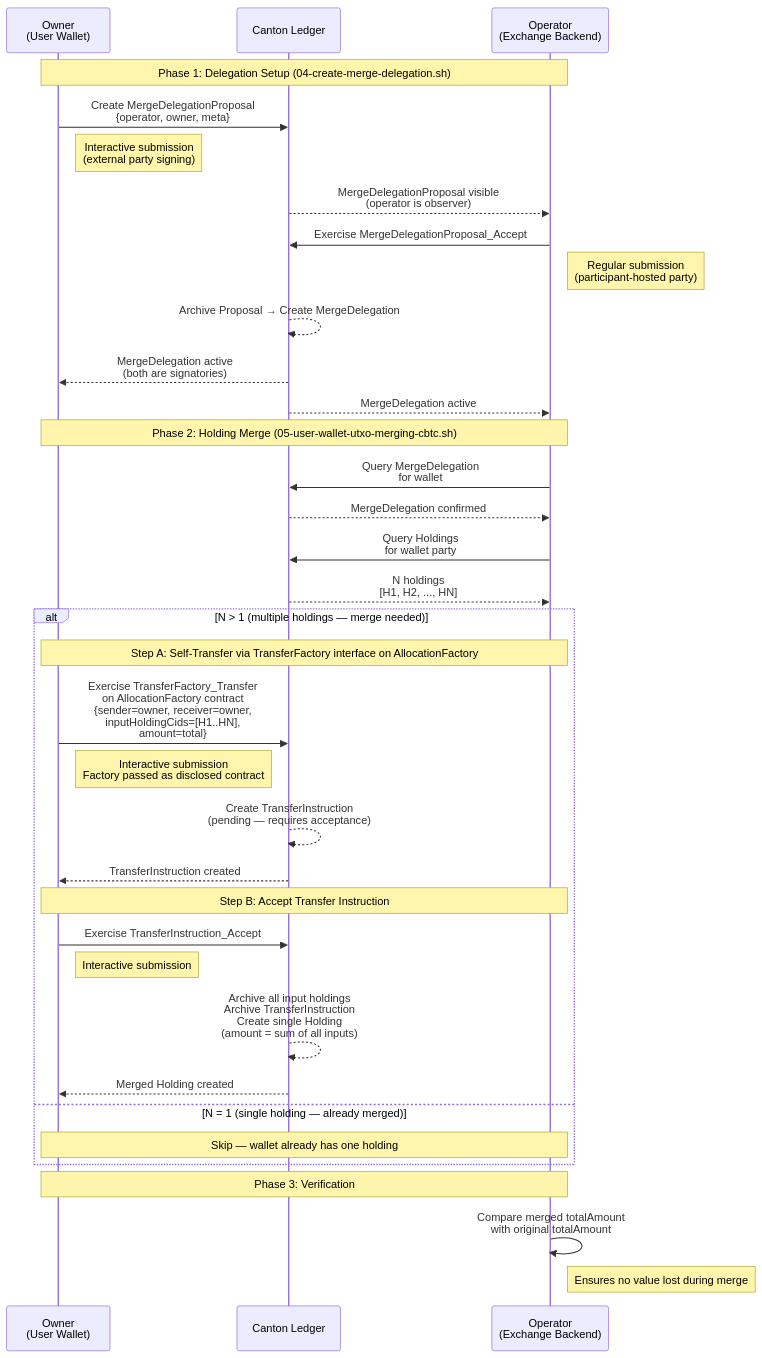
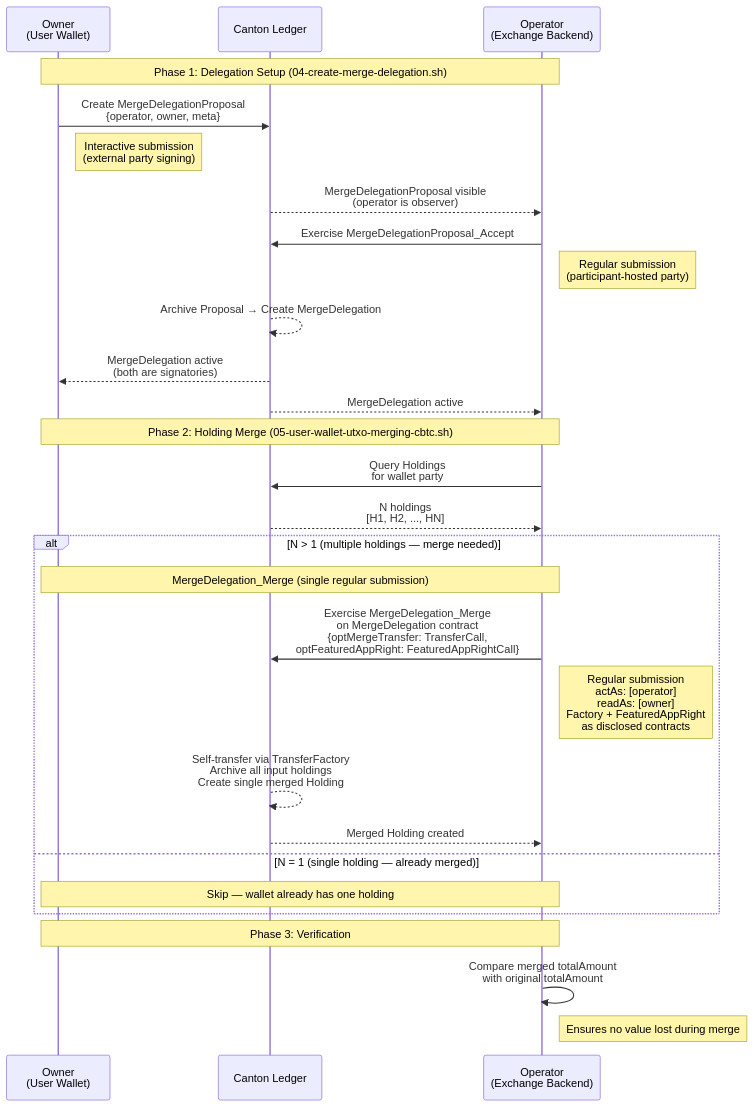
Before and after one commit to anhlh2311/cn-quickstart: the diagram in quickstart/docker/utxo-handling/README.md, drawn with Mermaid. The commit also changed other lines of this file and 4 other files, not shown here.

Commit message:
code: update holding merging script to use MergeDelegation directly, no interactive submission.

````diff
--- a/quickstart/docker/utxo-handling/README.md
+++ b/quickstart/docker/utxo-handling/README.md
@@ -442,48 +456,38 @@
 ```mermaid
 sequenceDiagram
     participant Owner as Owner<br/>(User Wallet)
     participant Ledger as Canton Ledger
     participant Operator as Operator<br/>(Exchange Backend)
 
     Note over Owner,Operator: Phase 1: Delegation Setup (04-create-merge-delegation.sh)
 
     Owner->>Ledger: Create MergeDelegationProposal<br/>{operator, owner, meta}
     Note right of Owner: Interactive submission<br/>(external party signing)
     Ledger-->>Operator: MergeDelegationProposal visible<br/>(operator is observer)
     Operator->>Ledger: Exercise MergeDelegationProposal_Accept
     Note right of Operator: Regular submission<br/>(participant-hosted party)
     Ledger-->>Ledger: Archive Proposal → Create MergeDelegation
     Ledger-->>Owner: MergeDelegation active<br/>(both are signatories)
     Ledger-->>Operator: MergeDelegation active
 
     Note over Owner,Operator: Phase 2: Holding Merge (05-user-wallet-utxo-merging-cbtc.sh)
 
-    Operator->>Ledger: Query MergeDelegation<br/>for wallet
-    Ledger-->>Operator: MergeDelegation confirmed
-
     Operator->>Ledger: Query Holdings<br/>for wallet party
     Ledger-->>Operator: N holdings<br/>[H1, H2, ..., HN]
 
     alt N > 1 (multiple holdings — merge needed)
-        Note over Owner,Operator: Step A: Self-Transfer via TransferFactory interface on AllocationFactory
+        Note over Owner,Operator: MergeDelegation_Merge (single regular submission)
 
-        Owner->>Ledger: Exercise TransferFactory_Transfer<br/>on AllocationFactory contract<br/>{sender=owner, receiver=owner,<br/>inputHoldingCids=[H1..HN],<br/>amount=total}
-        Note right of Owner: Interactive submission<br/>Factory passed as disclosed contract
-        Ledger-->>Ledger: Create TransferInstruction<br/>(pending — requires acceptance)
-        Ledger-->>Owner: TransferInstruction created
-
-        Note over Owner,Operator: Step B: Accept Transfer Instruction
-
-        Owner->>Ledger: Exercise TransferInstruction_Accept
-        Note right of Owner: Interactive submission
-        Ledger-->>Ledger: Archive all input holdings<br/>Archive TransferInstruction<br/>Create single Holding<br/>(amount = sum of all inputs)
-        Ledger-->>Owner: Merged Holding created
+        Operator->>Ledger: Exercise MergeDelegation_Merge<br/>on MergeDelegation contract<br/>{optMergeTransfer: TransferCall,<br/>optFeaturedAppRight: FeaturedAppRightCall}
+        Note right of Operator: Regular submission<br/>actAs: [operator]<br/>readAs: [owner]<br/>Factory + FeaturedAppRight<br/>as disclosed contracts
+        Ledger-->>Ledger: Self-transfer via TransferFactory<br/>Archive all input holdings<br/>Create single merged Holding
+        Ledger-->>Operator: Merged Holding created
     else N = 1 (single holding — already merged)
         Note over Owner,Operator: Skip — wallet already has one holding
     end
 
     Note over Owner,Operator: Phase 3: Verification
 
     Operator->>Operator: Compare merged totalAmount<br/>with original totalAmount
     Note right of Operator: Ensures no value lost during merge
 ```
````
